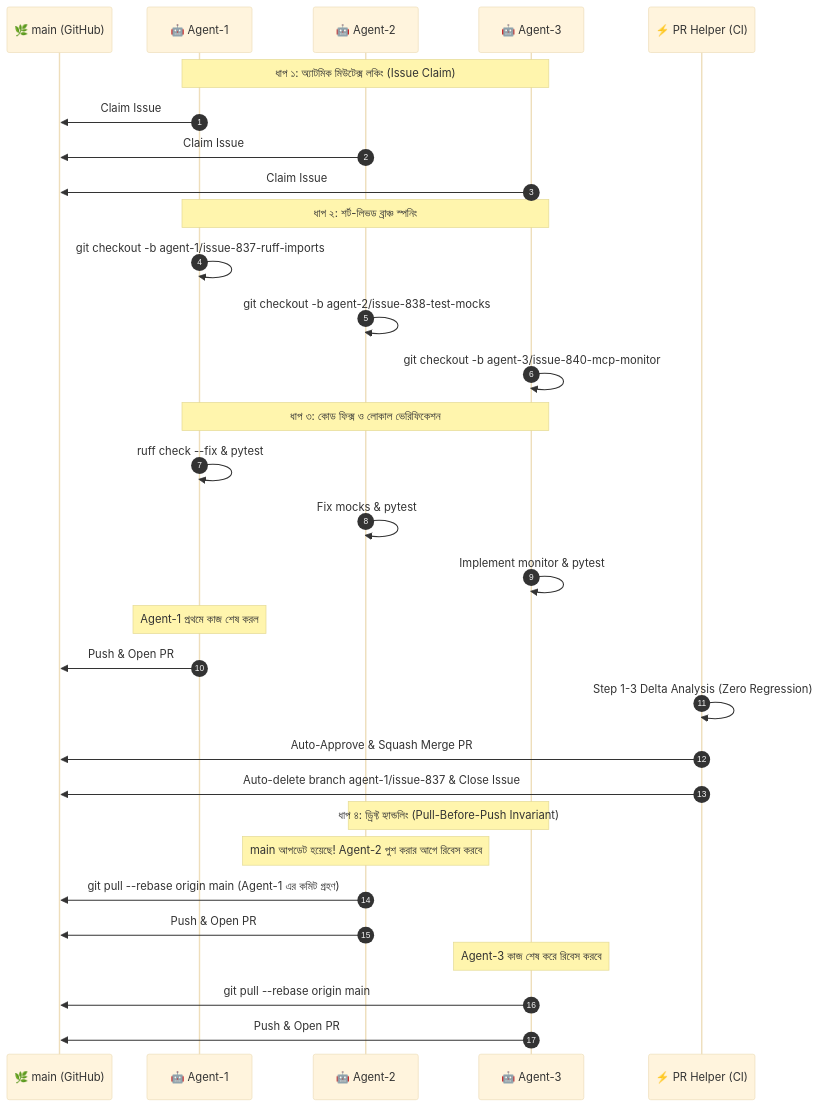
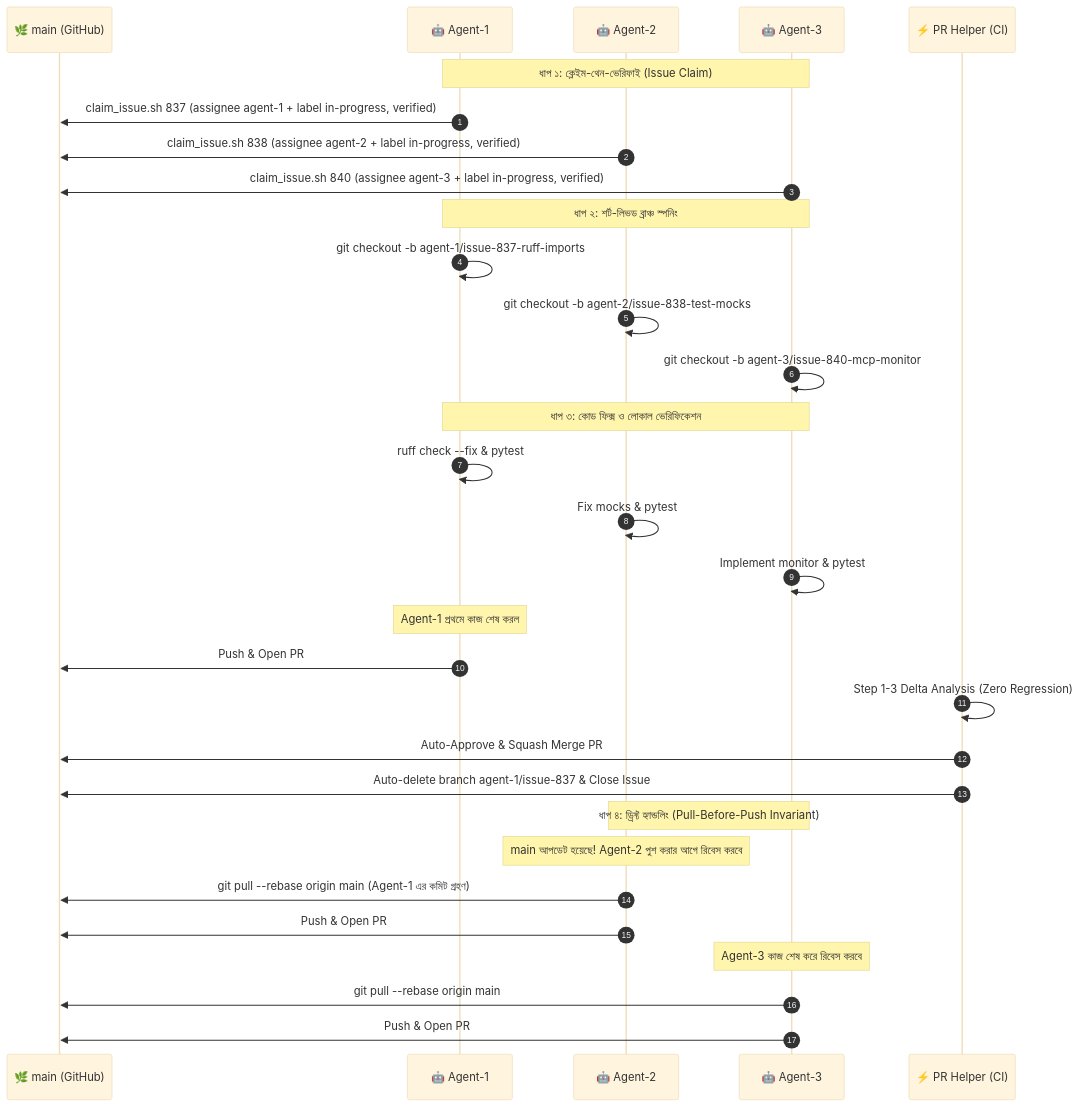
Before and after one commit to SaifulHaqueNiloy/supremeai: the second of 2 diagrams in docs/master_docs/OPS-06-MULTI-AGENT-BRANCHING-LIFECYCLE.md, drawn with Mermaid (base theme). The commit also changed other lines of this file and 1 other file, not shown here.

First line of the commit message:
fix(docs,ci): claim-then-verify issue mutex — GitHub assignment is not CAS (issue #876)

````diff
--- a/docs/master_docs/OPS-06-MULTI-AGENT-BRANCHING-LIFECYCLE.md
+++ b/docs/master_docs/OPS-06-MULTI-AGENT-BRANCHING-LIFECYCLE.md
@@ -152,39 +163,39 @@
 ```mermaid
 sequenceDiagram
     autonumber
     participant Main as 🌿 main (GitHub)
     participant A1 as 🤖 Agent-1
     participant A2 as 🤖 Agent-2
     participant A3 as 🤖 Agent-3
     participant PRH as ⚡ PR Helper (CI)
 
-    Note over A1,A3: ধাপ ১: অ্যাটমিক মিউটেক্স লকিং (Issue Claim)
-    A1->>Main: Claim Issue #837 (add-label status:in-progress, assignee agent-1)
-    A2->>Main: Claim Issue #838 (add-label status:in-progress, assignee agent-2)
-    A3->>Main: Claim Issue #840 (add-label status:in-progress, assignee agent-3)
+    Note over A1,A3: ধাপ ১: ক্লেইম-থেন-ভেরিফাই (Issue Claim)
+    A1->>Main: claim_issue.sh 837 (assignee agent-1 + label in-progress, verified)
+    A2->>Main: claim_issue.sh 838 (assignee agent-2 + label in-progress, verified)
+    A3->>Main: claim_issue.sh 840 (assignee agent-3 + label in-progress, verified)
 
     Note over A1,A3: ধাপ ২: শর্ট-লিভড ব্রাঞ্চ স্পনিং
     A1->>A1: git checkout -b agent-1/issue-837-ruff-imports
     A2->>A2: git checkout -b agent-2/issue-838-test-mocks
     A3->>A3: git checkout -b agent-3/issue-840-mcp-monitor
 
     Note over A1,A3: ধাপ ৩: কোড ফিক্স ও লোকাল ভেরিফিকেশন
     A1->>A1: ruff check --fix & pytest
     A2->>A2: Fix mocks & pytest
     A3->>A3: Implement monitor & pytest
 
     Note over A1: Agent-1 প্রথমে কাজ শেষ করল
     A1->>Main: Push & Open PR #841 (Fixes #837)
     PRH->>PRH: Step 1-3 Delta Analysis (Zero Regression)
     PRH->>Main: Auto-Approve & Squash Merge PR #841
     PRH->>Main: Auto-delete branch agent-1/issue-837 & Close Issue #837
 
     Note over A2,A3: ধাপ ৪: ড্রিফ্ট হ্যান্ডলিং (Pull-Before-Push Invariant)
     Note over A2: main আপডেট হয়েছে! Agent-2 পুশ করার আগে রিবেস করবে
     A2->>Main: git pull --rebase origin main (Agent-1 এর কমিট গ্রহণ)
     A2->>Main: Push & Open PR #842 (Fixes #838)
 
     Note over A3: Agent-3 কাজ শেষ করে রিবেস করবে
     A3->>Main: git pull --rebase origin main
     A3->>Main: Push & Open PR #843 (Fixes #840)
 ```
````
